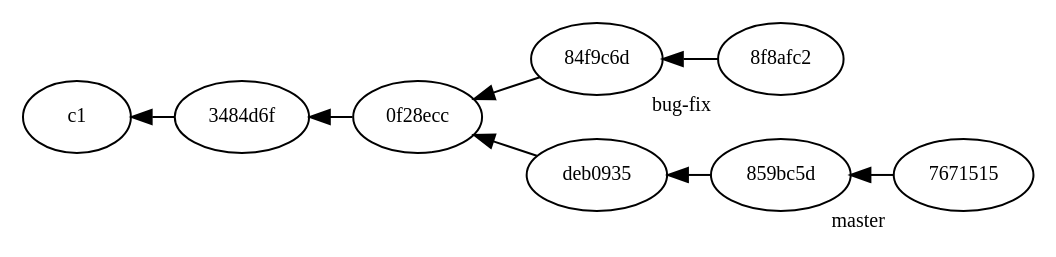
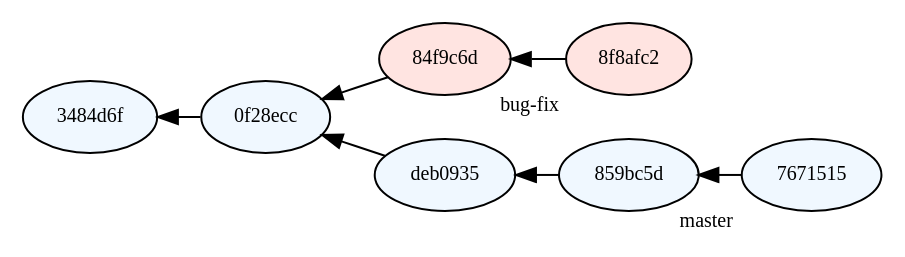
One commit to jonaskeisu/newton-sysg-op1 changed the diagram in lektioner/11-programmering-i-team/fig/branch.dot. Above: the diagram before and after it, drawn with Graphviz. The commit also changed 14 other files, not shown here.

```diff
--- a/lektioner/11-programmering-i-team/fig/branch.dot
+++ b/lektioner/11-programmering-i-team/fig/branch.dot
@@ -1,20 +1,20 @@
 digraph branch 
 {
   rankdir=LR
   ranksep=0.3
   nodesep=0.3
-  node [fontsize=10,]
+  node [fontsize=10, style=filled]
   edge [dir = "back"]
-  c2 [label = "3484d6f"]
-  c3 [label = "0f28ecc"]
-  c4 [label = "84f9c6d"]
-  c5 [label = "8f8afc2", xlabel="bug-fix"]
-  c6 [label = "deb0935"]
-  c7 [label = "859bc5d"]
-  c8 [label = "7671515", xlabel="master"]
+  c2 [label = "3484d6f", fillcolor=aliceblue]
+  c3 [label = "0f28ecc", fillcolor=aliceblue]
+  c4 [label = "84f9c6d", fillcolor=mistyrose]
+  c5 [label = "8f8afc2", fillcolor=mistyrose, xlabel="bug-fix"]
+  c6 [label = "deb0935", fillcolor=aliceblue]
+  c7 [label = "859bc5d", fillcolor=aliceblue]
+  c8 [label = "7671515", fillcolor=aliceblue, xlabel="master"]
 
 
 
-  c1 -> c2 -> c3 -> c4 -> c5
+  c2 -> c3 -> c4 -> c5
   c3 -> c6 -> c7  -> c8
 }
```
